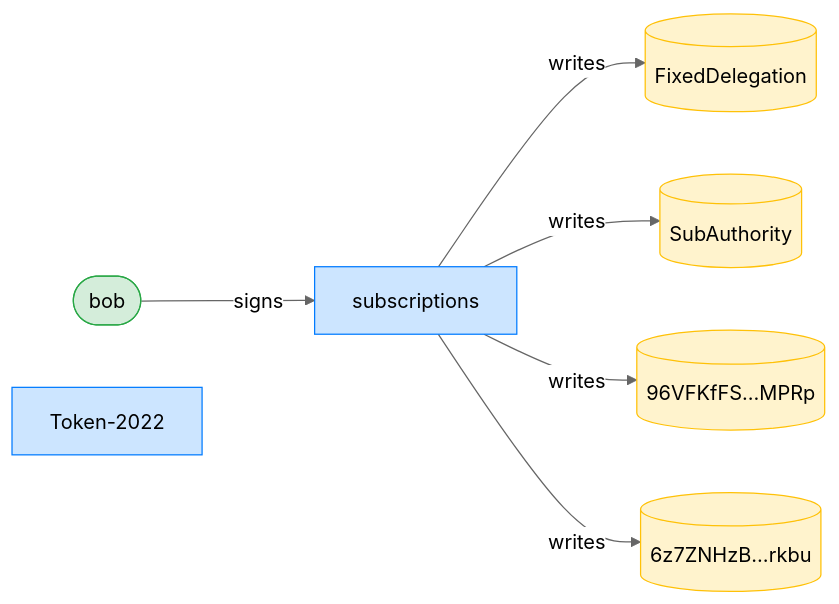
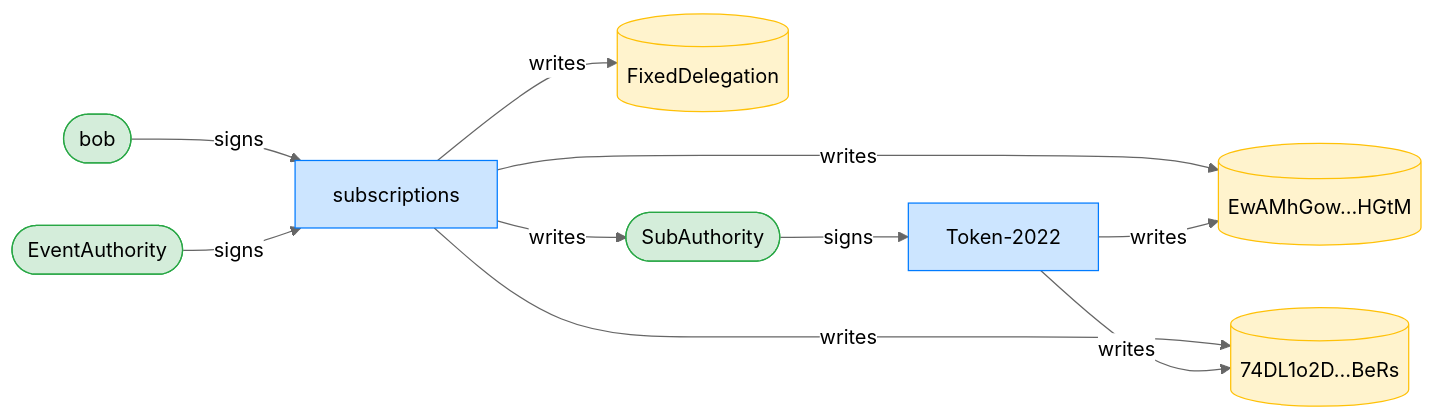
Before and after one commit to cds-rs/subscriptions: diagram 11 of 12 in dsl_tests/fixed-transfer-over-a-token-2022-confidential-transfer-mint.md, drawn with Mermaid (neutral theme). The commit also changed other lines of this file and 224 other files, not shown here.

````diff
--- a/dsl_tests/fixed-transfer-over-a-token-2022-confidential-transfer-mint.md
+++ b/dsl_tests/fixed-transfer-over-a-token-2022-confidential-transfer-mint.md
@@ -209,18 +218,23 @@
 ```mermaid
 flowchart LR
     classDef signer fill:#d4edda,stroke:#28a745;
     classDef program fill:#cce5ff,stroke:#007bff;
     classDef writable fill:#fff3cd,stroke:#ffc107;
     subscriptions[subscriptions]:::program
     FixedDelegation[(FixedDelegation)]:::writable
-    SubAuthority[(SubAuthority)]:::writable
-    96VFKfFS_MPRp[("96VFKfFS…MPRp")]:::writable
-    6z7ZNHzB_rkbu[("6z7ZNHzB…rkbu")]:::writable
+    SubAuthority([SubAuthority]):::signer
+    EwAMhGow_HGtM[("EwAMhGow…HGtM")]:::writable
+    74DL1o2D_BeRs[("74DL1o2D…BeRs")]:::writable
     bob([bob]):::signer
     Token_2022["Token-2022"]:::program
+    EventAuthority([EventAuthority]):::signer
     bob -->|signs| subscriptions
+    SubAuthority -->|signs| Token_2022
+    EventAuthority -->|signs| subscriptions
     subscriptions -->|writes| FixedDelegation
     subscriptions -->|writes| SubAuthority
-    subscriptions -->|writes| 96VFKfFS_MPRp
-    subscriptions -->|writes| 6z7ZNHzB_rkbu
+    subscriptions -->|writes| EwAMhGow_HGtM
+    subscriptions -->|writes| 74DL1o2D_BeRs
+    Token_2022 -->|writes| EwAMhGow_HGtM
+    Token_2022 -->|writes| 74DL1o2D_BeRs
 ```
````
